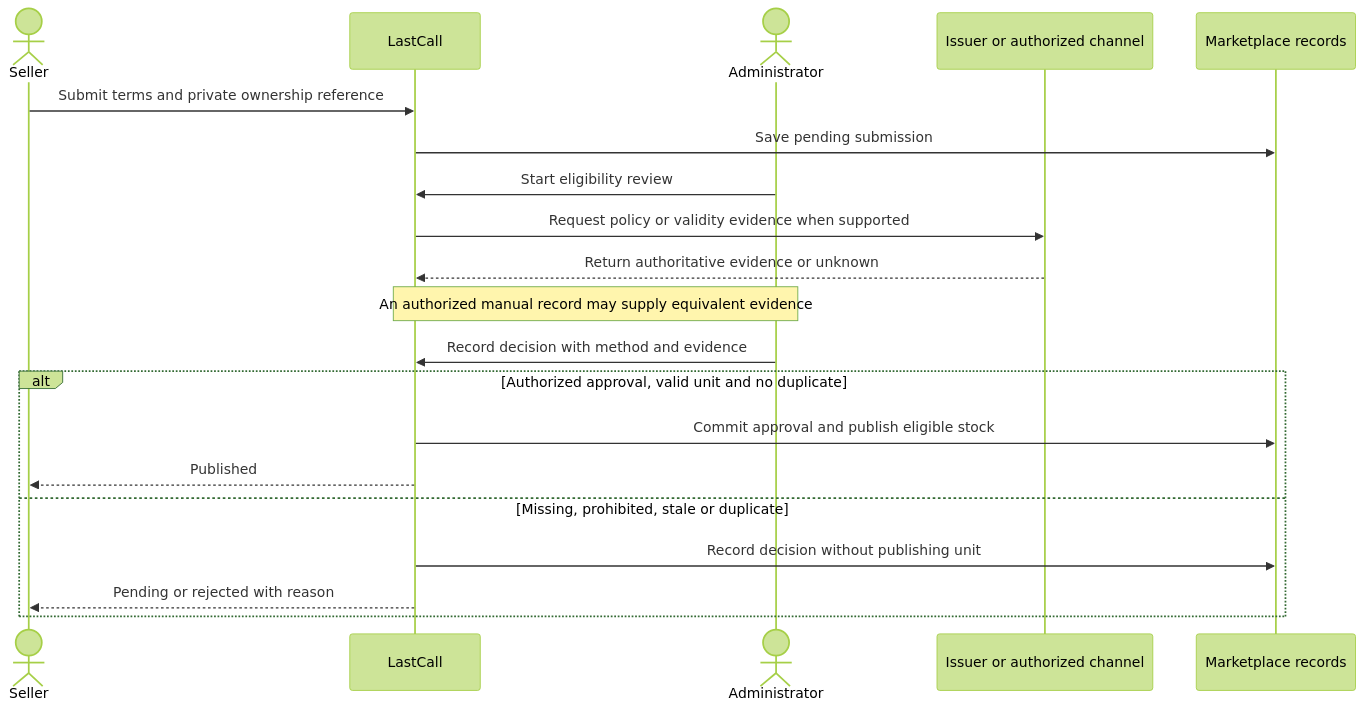
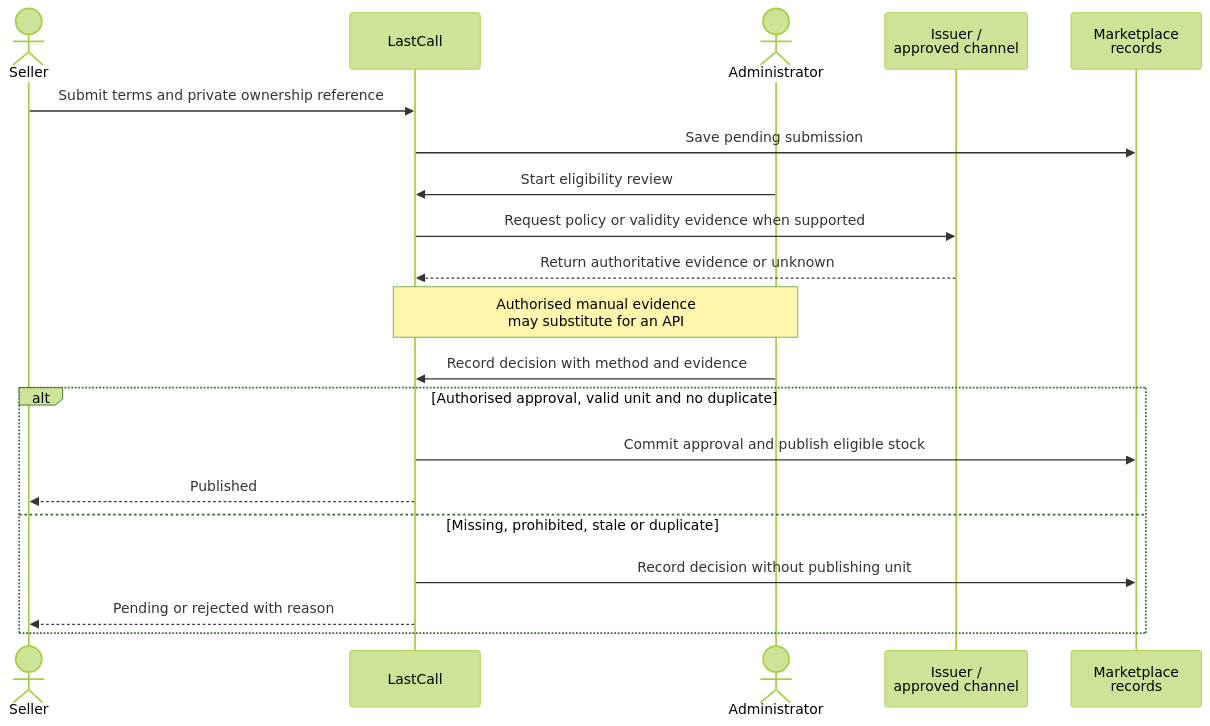
Before and after one commit to aunabil-abtahi/lastcall-sad: diagram 11 of 19 in docs/05-srs/SRS.md, drawn with Mermaid (forest theme). The commit also changed other lines of this file, not shown here.

````diff
--- a/docs/05-srs/SRS.md
+++ b/docs/05-srs/SRS.md
@@ -806,22 +912,22 @@
 ```mermaid
 sequenceDiagram
  actor Seller
  participant LC as LastCall
  actor Admin as Administrator
- participant Issuer as Issuer or authorized channel
- participant DB as Marketplace records
+ participant Issuer as Issuer /<br/>approved channel
+ participant DB as Marketplace<br/>records
  Seller->>LC: Submit terms and private ownership reference
  LC->>DB: Save pending submission
  Admin->>LC: Start eligibility review
  LC->>Issuer: Request policy or validity evidence when supported
  Issuer-->>LC: Return authoritative evidence or unknown
- Note over Admin,LC: An authorized manual record may supply equivalent evidence
+ Note over Admin,LC: Authorised manual evidence<br/>may substitute for an API
  Admin->>LC: Record decision with method and evidence
- alt Authorized approval, valid unit and no duplicate
+ alt Authorised approval, valid unit and no duplicate
  LC->>DB: Commit approval and publish eligible stock
  LC-->>Seller: Published
  else Missing, prohibited, stale or duplicate
  LC->>DB: Record decision without publishing unit
  LC-->>Seller: Pending or rejected with reason
  end
 ```
````
